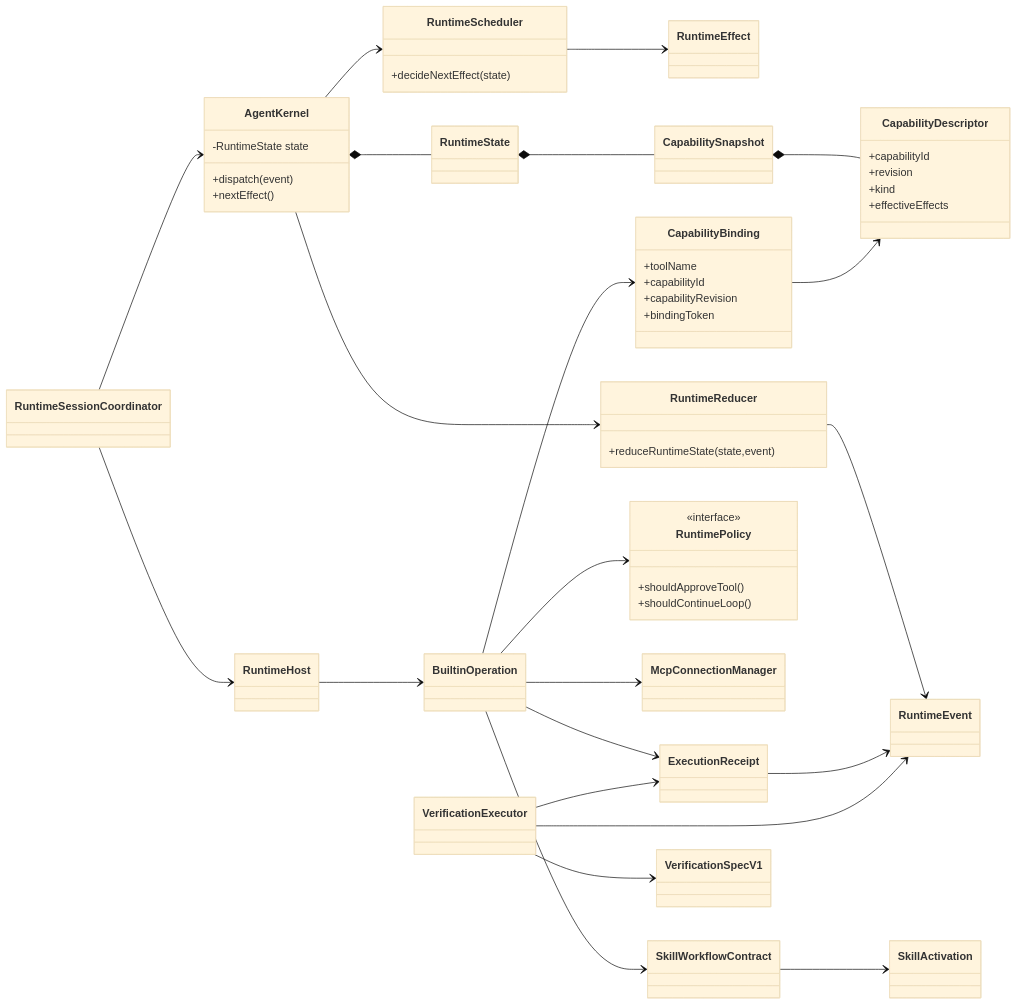
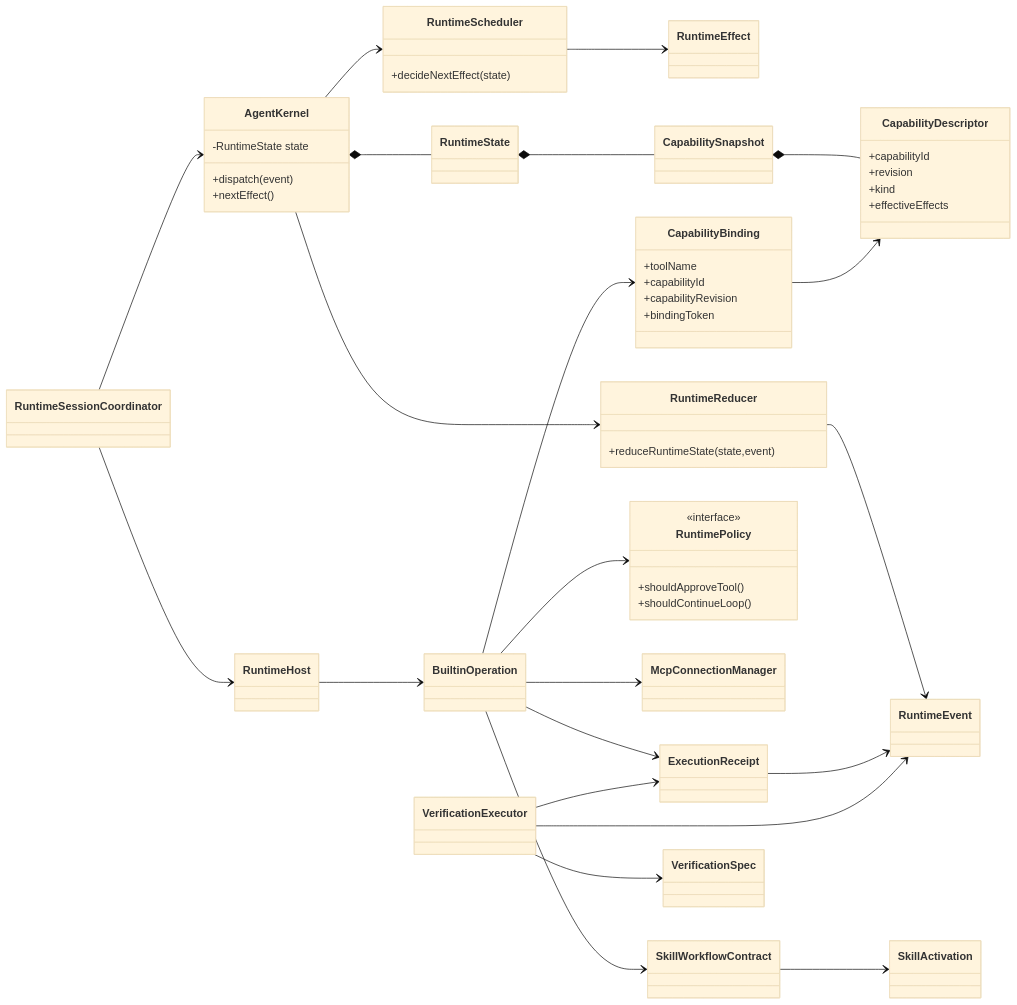
The second of 2 diagrams in docs/active/six-concept-runtime-architecture.md (ferqx/kite-code), drawn with Mermaid (base theme) before and after one commit. The commit also changed other lines of this file and 857 other files, not shown here.

Commit message:
refactor: clean cut over runtime architecture names

````diff
--- a/docs/active/six-concept-runtime-architecture.md
+++ b/docs/active/six-concept-runtime-architecture.md
@@ -711,68 +711,68 @@
 ```mermaid
 classDiagram
 direction LR
 
 class AgentKernel {
   -RuntimeState state
   +dispatch(event)
   +nextEffect()
 }
 class RuntimeState
 class RuntimeEvent
 class RuntimeEffect
 class RuntimeScheduler {
   +decideNextEffect(state)
 }
 class RuntimeReducer {
   +reduceRuntimeState(state,event)
 }
 class CapabilitySnapshot
 class CapabilityDescriptor {
   +capabilityId
   +revision
   +kind
   +effectiveEffects
 }
 class CapabilityBinding {
   +toolName
   +capabilityId
   +capabilityRevision
   +bindingToken
 }
 class RuntimePolicy {
   <<interface>>
   +shouldApproveTool()
   +shouldContinueLoop()
 }
 class RuntimeSessionCoordinator
 class RuntimeHost
 class BuiltinOperation
 class McpConnectionManager
 class SkillWorkflowContract
 class SkillActivation
 class ExecutionReceipt
-class VerificationSpecV1
+class VerificationSpec
 class VerificationExecutor
 
 RuntimeSessionCoordinator --> AgentKernel
 RuntimeSessionCoordinator --> RuntimeHost
 AgentKernel *-- RuntimeState
 AgentKernel --> RuntimeScheduler
 AgentKernel --> RuntimeReducer
 RuntimeScheduler --> RuntimeEffect
 RuntimeReducer --> RuntimeEvent
 RuntimeState *-- CapabilitySnapshot
 CapabilitySnapshot *-- CapabilityDescriptor
 CapabilityBinding --> CapabilityDescriptor
 RuntimeHost --> BuiltinOperation
 BuiltinOperation --> CapabilityBinding
 BuiltinOperation --> RuntimePolicy
 BuiltinOperation --> McpConnectionManager
 BuiltinOperation --> SkillWorkflowContract
 SkillWorkflowContract --> SkillActivation
 BuiltinOperation --> ExecutionReceipt
 ExecutionReceipt --> RuntimeEvent
-VerificationExecutor --> VerificationSpecV1
+VerificationExecutor --> VerificationSpec
 VerificationExecutor --> ExecutionReceipt
 VerificationExecutor --> RuntimeEvent
 ```
````
